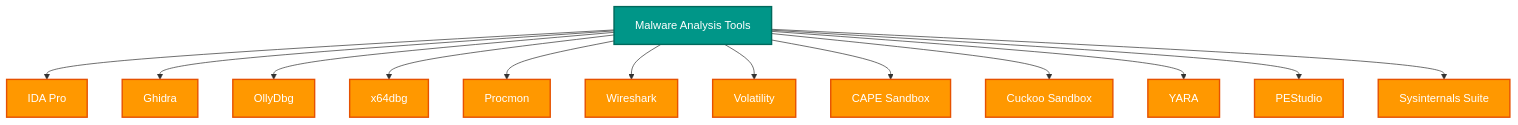
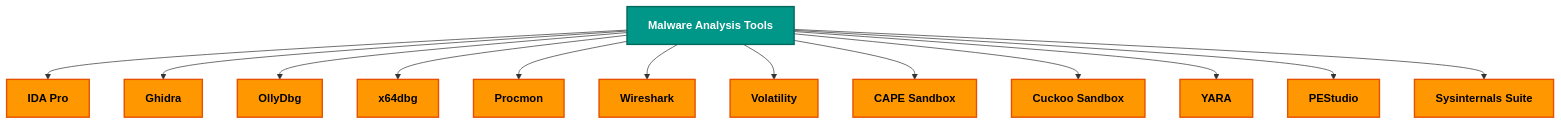
The second of 2 diagrams in _posts/2023-06-18-malware-analysis-lab.md (thelocalh0st/thelocalh0st.github.io), drawn with Mermaid before and after one commit.

````diff
--- a/_posts/2023-06-18-malware-analysis-lab.md
+++ b/_posts/2023-06-18-malware-analysis-lab.md
@@ -31,32 +31,33 @@
 ```mermaid
 graph TD
   A[Malware Analysis Tools] --> B[IDA Pro]
   A --> C[Ghidra]
   A --> D[OllyDbg]
   A --> E[x64dbg]
   A --> F[Procmon]
   A --> G[Wireshark]
   A --> H[Volatility]
   A --> I[CAPE Sandbox]
   A --> J[Cuckoo Sandbox]
   A --> K[YARA]
   A --> L[PEStudio]
   A --> M[Sysinternals Suite]
 
-  style A fill:#009688,stroke:#00695C,stroke-width:2px,color:#FFFFFF;
-  style B fill:#FF9800,stroke:#E65100,stroke-width:2px,color:#FFFFFF;
-  style C fill:#FF9800,stroke:#E65100,stroke-width:2px,color:#FFFFFF;
-  style D fill:#FF9800,stroke:#E65100,stroke-width:2px,color:#FFFFFF;
-  style E fill:#FF9800,stroke:#E65100,stroke-width:2px,color:#FFFFFF;
-  style F fill:#FF9800,stroke:#E65100,stroke-width:2px,color:#FFFFFF;
-  style G fill:#FF9800,stroke:#E65100,stroke-width:2px,color:#FFFFFF;
-  style H fill:#FF9800,stroke:#E65100,stroke-width:2px,color:#FFFFFF;
-  style I fill:#FF9800,stroke:#E65100,stroke-width:2px,color:#FFFFFF;
-  style J fill:#FF9800,stroke:#E65100,stroke-width:2px,color:#FFFFFF;
-  style K fill:#FF9800,stroke:#E65100,stroke-width:2px,color:#FFFFFF;
-  style L fill:#FF9800,stroke:#E65100,stroke-width:2px,color:#FFFFFF;
-  style M fill:#FF9800,stroke:#E65100,stroke-width:2px,color:#FFFFFF;
+  style A fill:#009688,stroke:#00695C,stroke-width:2px,color:#FFFFFF,font-weight:bold;
+  style B fill:#FF9800,stroke:#E65100,stroke-width:2px,color:#000000,font-weight:bold;
+  style C fill:#FF9800,stroke:#E65100,stroke-width:2px,color:#000000,font-weight:bold;
+  style D fill:#FF9800,stroke:#E65100,stroke-width:2px,color:#000000,font-weight:bold;
+  style E fill:#FF9800,stroke:#E65100,stroke-width:2px,color:#000000,font-weight:bold;
+  style F fill:#FF9800,stroke:#E65100,stroke-width:2px,color:#000000,font-weight:bold;
+  style G fill:#FF9800,stroke:#E65100,stroke-width:2px,color:#000000,font-weight:bold;
+  style H fill:#FF9800,stroke:#E65100,stroke-width:2px,color:#000000,font-weight:bold;
+  style I fill:#FF9800,stroke:#E65100,stroke-width:2px,color:#000000,font-weight:bold;
+  style J fill:#FF9800,stroke:#E65100,stroke-width:2px,color:#000000,font-weight:bold;
+  style K fill:#FF9800,stroke:#E65100,stroke-width:2px,color:#000000,font-weight:bold;
+  style L fill:#FF9800,stroke:#E65100,stroke-width:2px,color:#000000,font-weight:bold;
+  style M fill:#FF9800,stroke:#E65100,stroke-width:2px,color:#000000,font-weight:bold;
+
 
 
 
 ```
````
